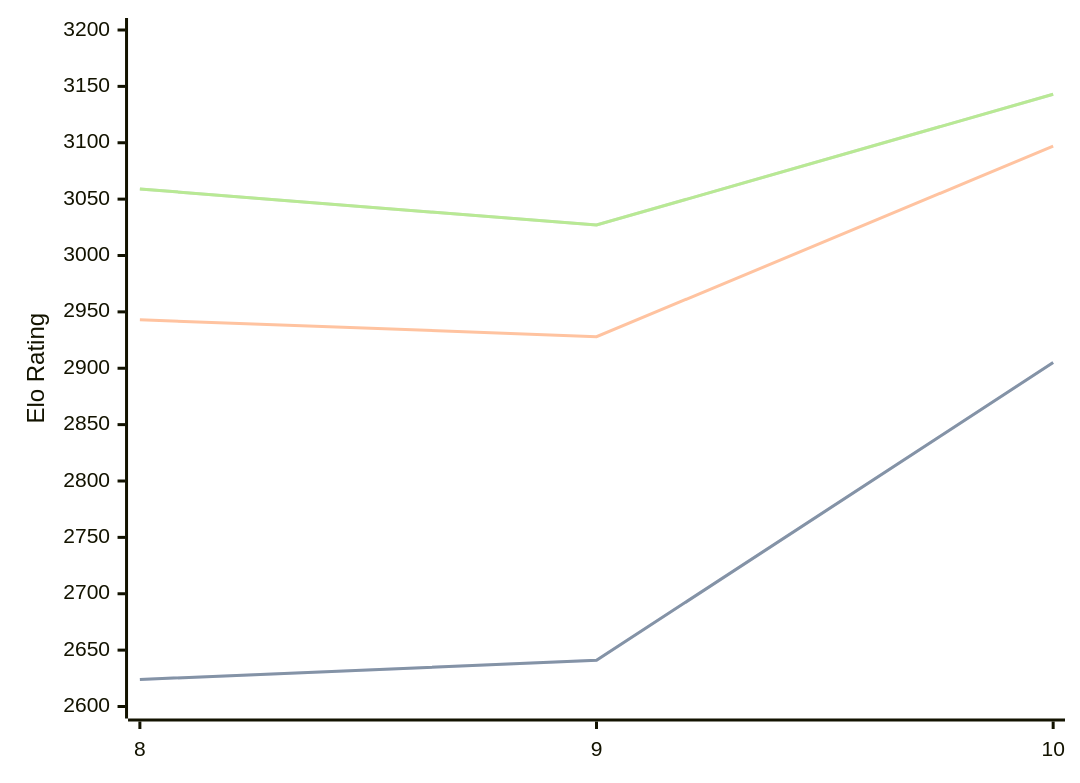
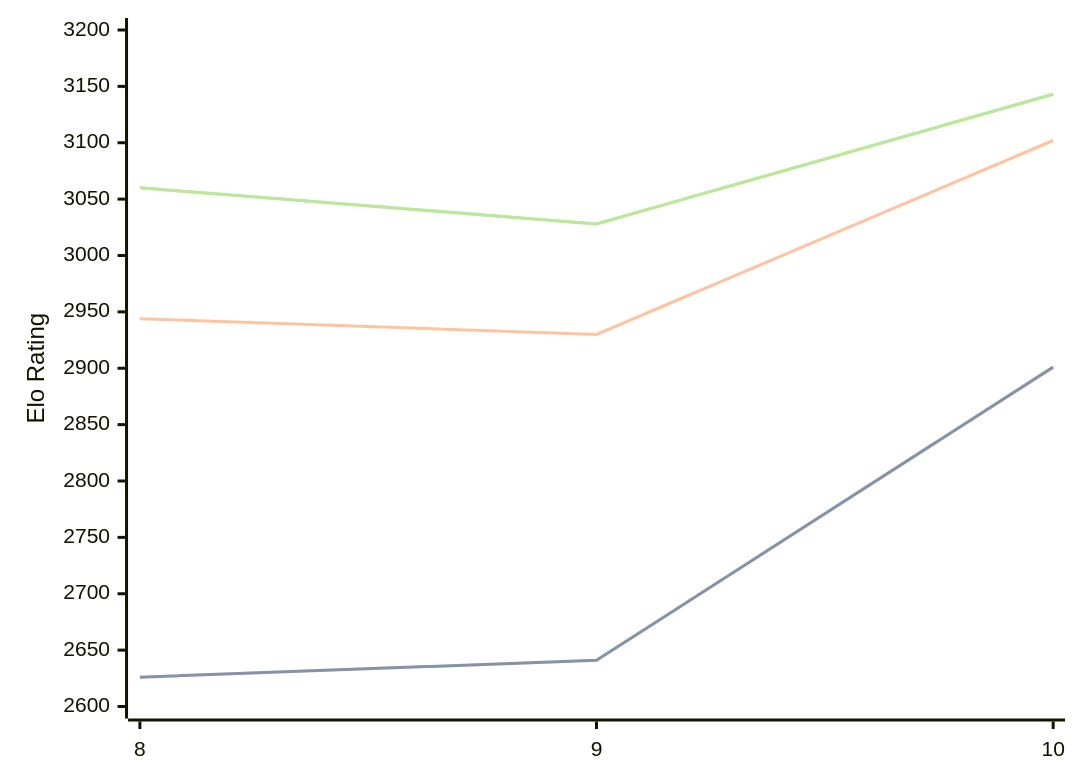
Before and after one commit to computer-chess-index/cci: the diagram in engines/Lozza.md, drawn with Mermaid. The commit also changed other lines of this file, not shown here.

Commit message:
Update CCI Ratings (ELO VLTC) - 2026-03-28

````diff
--- a/engines/Lozza.md
+++ b/engines/Lozza.md
@@ -41,11 +41,11 @@
 ```mermaid
 %%{init: {"theme":"base","themeVariables":{"seriesColors:['#a3a3a3','#222221','#faa371']}}}%%
 xychart-beta
   x-axis ["8", "9", "10"]
   y-axis "Elo Rating" 2600 --> 3200
-  line "STC (8.0+0.08s)" [2624, 2641, 2905]
-  line "STC (8.0+0.08s)" [2624, 2641, 2905]
-  line "LTC (60.0+0.60s)" [2943, 2928, 3097]
-  line "VLTC (2m24s+1.12s)" [3059, 3027, 3143]
-  line "VLTC (2m24s+1.12s)" [3059, 3027, 3143]
+  line "STC (8.0+0.08s)" [2626, 2641, 2901]
+  line "STC (8.0+0.08s)" [2626, 2641, 2901]
+  line "LTC (60.0+0.60s)" [2944, 2930, 3102]
+  line "VLTC (2m24s+1.12s)" [3060, 3028, 3143]
+  line "VLTC (2m24s+1.12s)" [3060, 3028, 3143]
 ```
````
